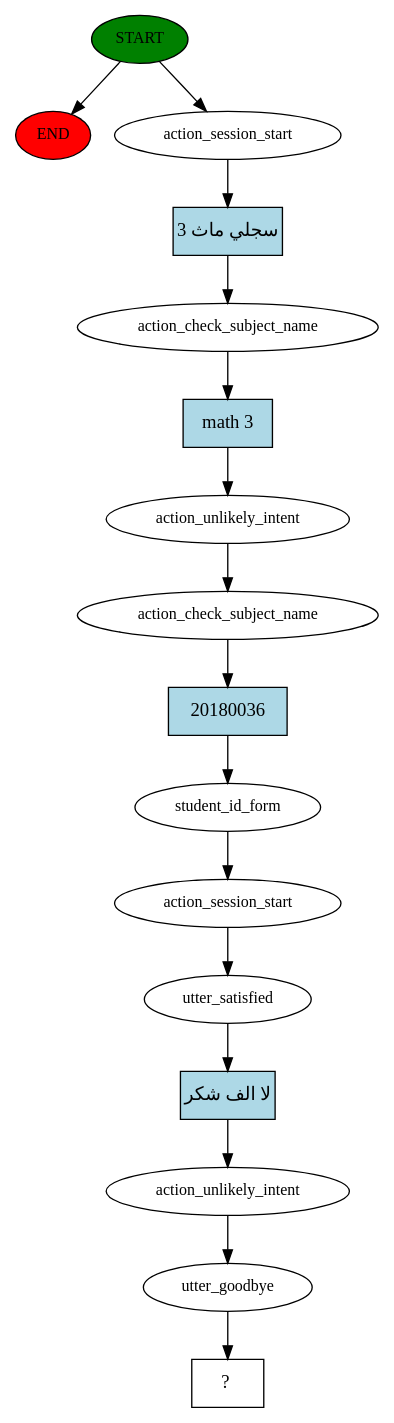
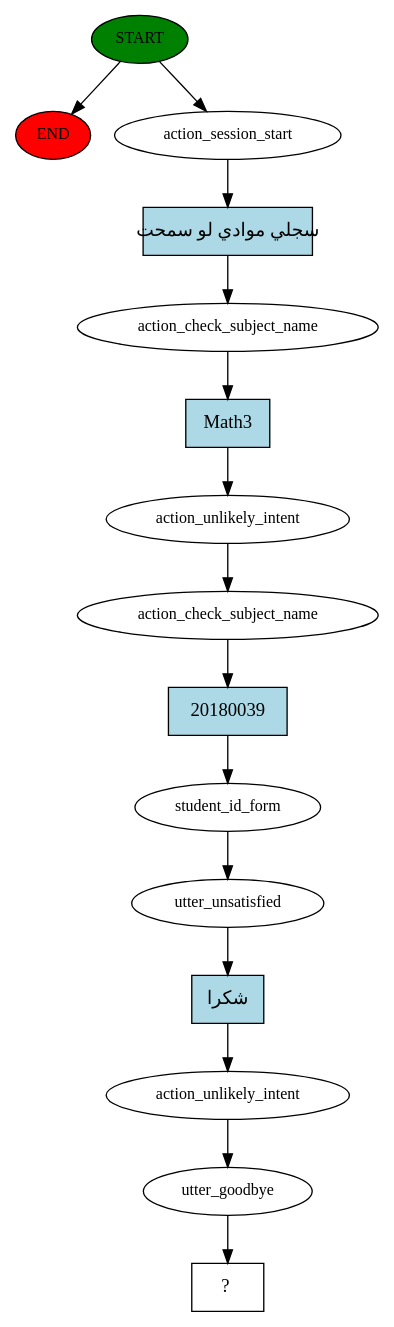
Before and after one commit to skawy/Arabic-Conversational-Assistant: the diagram in story_graph.dot, drawn with Graphviz. The commit also changed 3 other files, not shown here.

```diff
--- a/story_graph.dot
+++ b/story_graph.dot
@@ -1,33 +1,31 @@
 digraph  {
 0 [class="start active", fillcolor=green, fontsize=12, label=START, style=filled];
 "-1" [class=end, fillcolor=red, fontsize=12, label=END, style=filled];
 1 [class=active, fontsize=12, label=action_session_start];
 2 [class=active, fontsize=12, label=action_check_subject_name];
 3 [class=active, fontsize=12, label=action_unlikely_intent];
 4 [class=active, fontsize=12, label=action_check_subject_name];
 5 [class=active, fontsize=12, label=student_id_form];
-6 [class=active, fontsize=12, label=action_session_start];
-7 [class=active, fontsize=12, label=utter_satisfied];
-8 [class=active, fontsize=12, label=action_unlikely_intent];
-9 [class=active, fontsize=12, label=utter_goodbye];
-10 [class="intent dashed active", label="  ?  ", shape=rect];
-11 [class="intent active", fillcolor=lightblue, label="سجلي ماث 3", shape=rect, style=filled];
-12 [class="intent active", fillcolor=lightblue, label="math 3", shape=rect, style=filled];
-13 [class="intent active", fillcolor=lightblue, label=20180036, shape=rect, style=filled];
-14 [class="intent active", fillcolor=lightblue, label="لا الف شكر", shape=rect, style=filled];
+6 [class=active, fontsize=12, label=utter_unsatisfied];
+7 [class=active, fontsize=12, label=action_unlikely_intent];
+8 [class=active, fontsize=12, label=utter_goodbye];
+9 [class="intent dashed active", label="  ?  ", shape=rect];
+10 [class="intent active", fillcolor=lightblue, label="سجلي موادي لو سمحت", shape=rect, style=filled];
+11 [class="intent active", fillcolor=lightblue, label=Math3, shape=rect, style=filled];
+12 [class="intent active", fillcolor=lightblue, label=20180039, shape=rect, style=filled];
+13 [class="intent active", fillcolor=lightblue, label="شكرا", shape=rect, style=filled];
 0 -> "-1"  [class="", key=NONE, label=""];
 0 -> 1  [class=active, key=NONE, label=""];
-1 -> 11  [class=active, key=0];
-2 -> 12  [class=active, key=0];
+1 -> 10  [class=active, key=0];
+2 -> 11  [class=active, key=0];
 3 -> 4  [class=active, key=NONE, label=""];
-4 -> 13  [class=active, key=0];
+4 -> 12  [class=active, key=0];
 5 -> 6  [class=active, key=NONE, label=""];
-6 -> 7  [class=active, key=NONE, label=""];
-7 -> 14  [class=active, key=0];
+6 -> 13  [class=active, key=0];
+7 -> 8  [class=active, key=NONE, label=""];
 8 -> 9  [class=active, key=NONE, label=""];
-9 -> 10  [class=active, key=NONE, label=""];
-11 -> 2  [class=active, key=0];
-12 -> 3  [class=active, key=0];
-13 -> 5  [class=active, key=0];
-14 -> 8  [class=active, key=0];
+10 -> 2  [class=active, key=0];
+11 -> 3  [class=active, key=0];
+12 -> 5  [class=active, key=0];
+13 -> 7  [class=active, key=0];
 }
```
